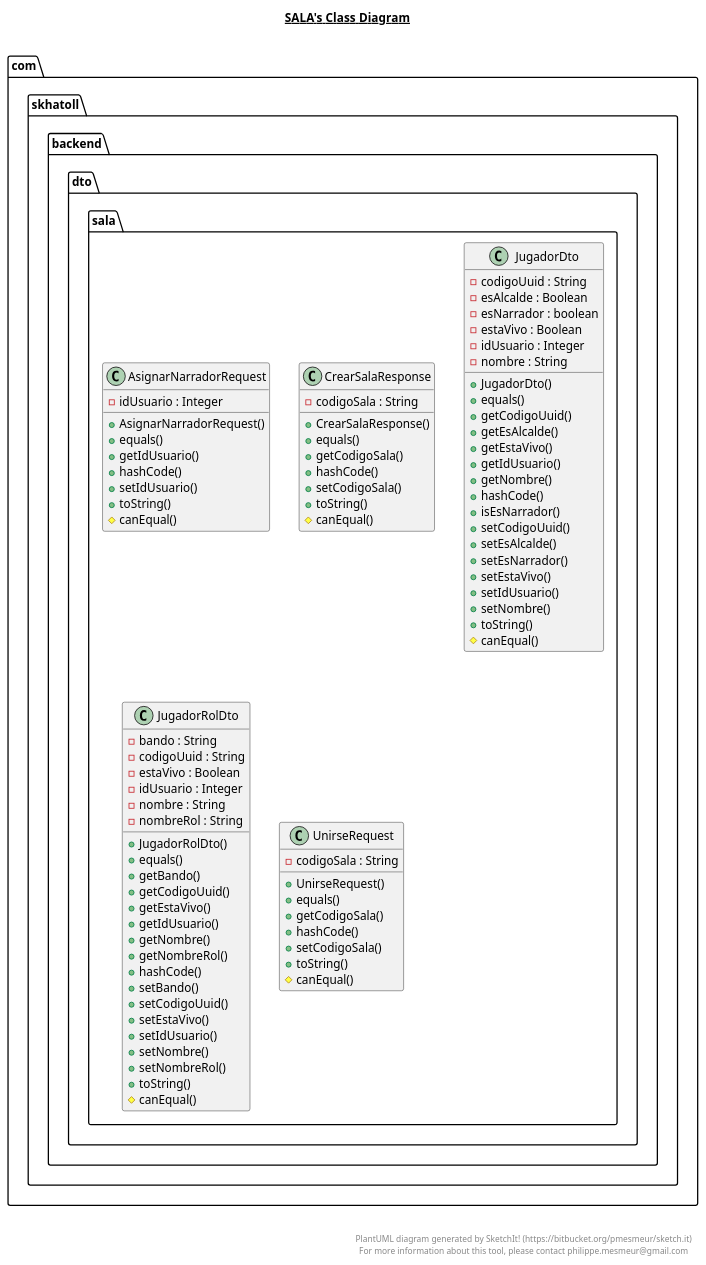
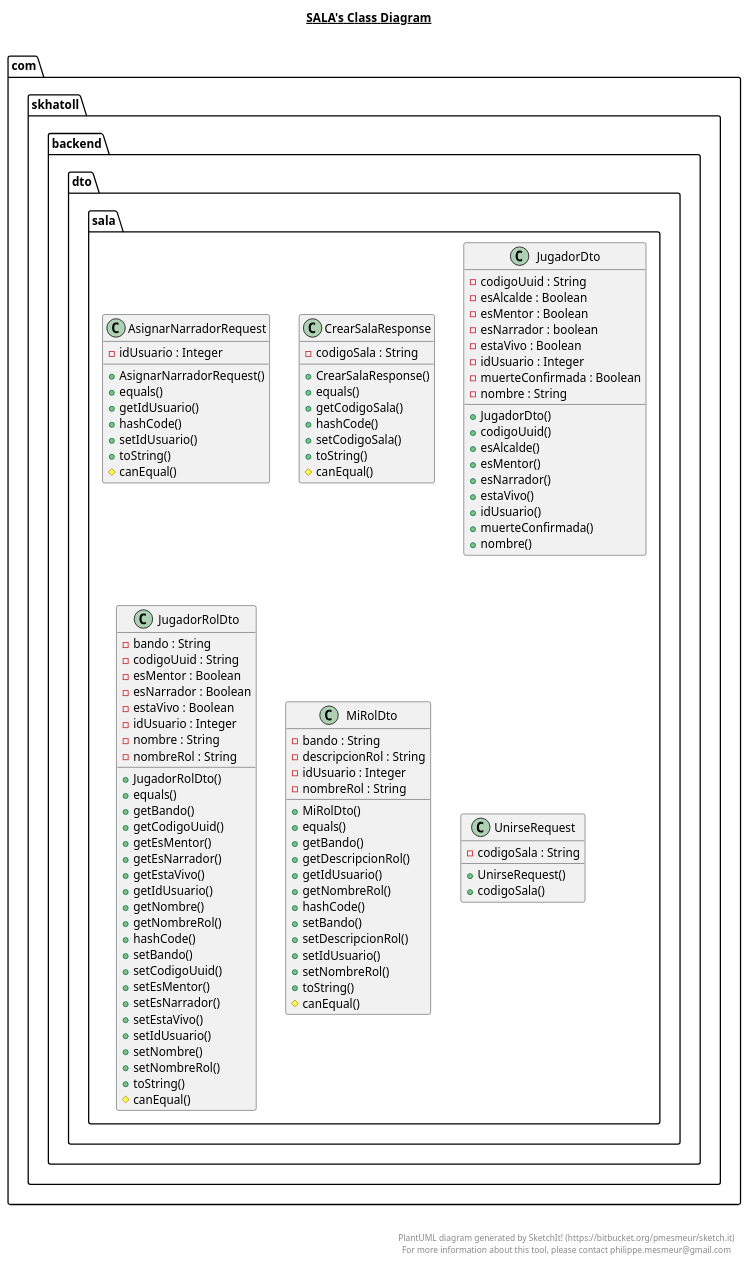
One commit to David-GutSal/Skhatoll changed the diagram in backend/src/main/java/com/skhatoll/backend/dto/sala/sala.plantuml. Above: the diagram before and after it, drawn with PlantUML. The commit also changed 18 other files, not shown here.

```diff
--- a/backend/src/main/java/com/skhatoll/backend/dto/sala/sala.plantuml
+++ b/backend/src/main/java/com/skhatoll/backend/dto/sala/sala.plantuml
@@ -1,124 +1,144 @@
 @startuml
 
 title __SALA's Class Diagram__\n
 
   namespace com.skhatoll.backend {
     namespace dto.sala {
       class com.skhatoll.backend.dto.sala.AsignarNarradorRequest {
           - idUsuario : Integer
           + AsignarNarradorRequest()
           + equals()
           + getIdUsuario()
           + hashCode()
           + setIdUsuario()
           + toString()
           # canEqual()
       }
     }
   }
   
 
   namespace com.skhatoll.backend {
     namespace dto.sala {
       class com.skhatoll.backend.dto.sala.CrearSalaResponse {
           - codigoSala : String
           + CrearSalaResponse()
           + equals()
           + getCodigoSala()
           + hashCode()
           + setCodigoSala()
           + toString()
           # canEqual()
       }
     }
   }
   
 
   namespace com.skhatoll.backend {
     namespace dto.sala {
       class com.skhatoll.backend.dto.sala.JugadorDto {
           - codigoUuid : String
           - esAlcalde : Boolean
+          - esMentor : Boolean
           - esNarrador : boolean
           - estaVivo : Boolean
           - idUsuario : Integer
+          - muerteConfirmada : Boolean
           - nombre : String
           + JugadorDto()
-          + equals()
-          + getCodigoUuid()
-          + getEsAlcalde()
-          + getEstaVivo()
-          + getIdUsuario()
-          + getNombre()
-          + hashCode()
-          + isEsNarrador()
-          + setCodigoUuid()
-          + setEsAlcalde()
-          + setEsNarrador()
-          + setEstaVivo()
-          + setIdUsuario()
-          + setNombre()
-          + toString()
-          # canEqual()
+          + codigoUuid()
+          + esAlcalde()
+          + esMentor()
+          + esNarrador()
+          + estaVivo()
+          + idUsuario()
+          + muerteConfirmada()
+          + nombre()
       }
     }
   }
   
 
   namespace com.skhatoll.backend {
     namespace dto.sala {
       class com.skhatoll.backend.dto.sala.JugadorRolDto {
           - bando : String
           - codigoUuid : String
+          - esMentor : Boolean
+          - esNarrador : Boolean
           - estaVivo : Boolean
           - idUsuario : Integer
           - nombre : String
           - nombreRol : String
           + JugadorRolDto()
           + equals()
           + getBando()
           + getCodigoUuid()
+          + getEsMentor()
+          + getEsNarrador()
           + getEstaVivo()
           + getIdUsuario()
           + getNombre()
           + getNombreRol()
           + hashCode()
           + setBando()
           + setCodigoUuid()
+          + setEsMentor()
+          + setEsNarrador()
           + setEstaVivo()
           + setIdUsuario()
           + setNombre()
           + setNombreRol()
           + toString()
           # canEqual()
       }
     }
   }
   
 
   namespace com.skhatoll.backend {
     namespace dto.sala {
+      class com.skhatoll.backend.dto.sala.MiRolDto {
+          - bando : String
+          - descripcionRol : String
+          - idUsuario : Integer
+          - nombreRol : String
+          + MiRolDto()
+          + equals()
+          + getBando()
+          + getDescripcionRol()
+          + getIdUsuario()
+          + getNombreRol()
+          + hashCode()
+          + setBando()
+          + setDescripcionRol()
+          + setIdUsuario()
+          + setNombreRol()
+          + toString()
+          # canEqual()
+      }
+    }
+  }
+  
+
+  namespace com.skhatoll.backend {
+    namespace dto.sala {
       class com.skhatoll.backend.dto.sala.UnirseRequest {
           - codigoSala : String
           + UnirseRequest()
-          + equals()
-          + getCodigoSala()
-          + hashCode()
-          + setCodigoSala()
-          + toString()
-          # canEqual()
+          + codigoSala()
       }
     }
   }
   
 
 
 
 right footer
 
 
 PlantUML diagram generated by SketchIt! (https://bitbucket.org/pmesmeur/sketch.it)
 For more information about this tool, please contact philippe.mesmeur@gmail.com
 endfooter
 
 @enduml
```
